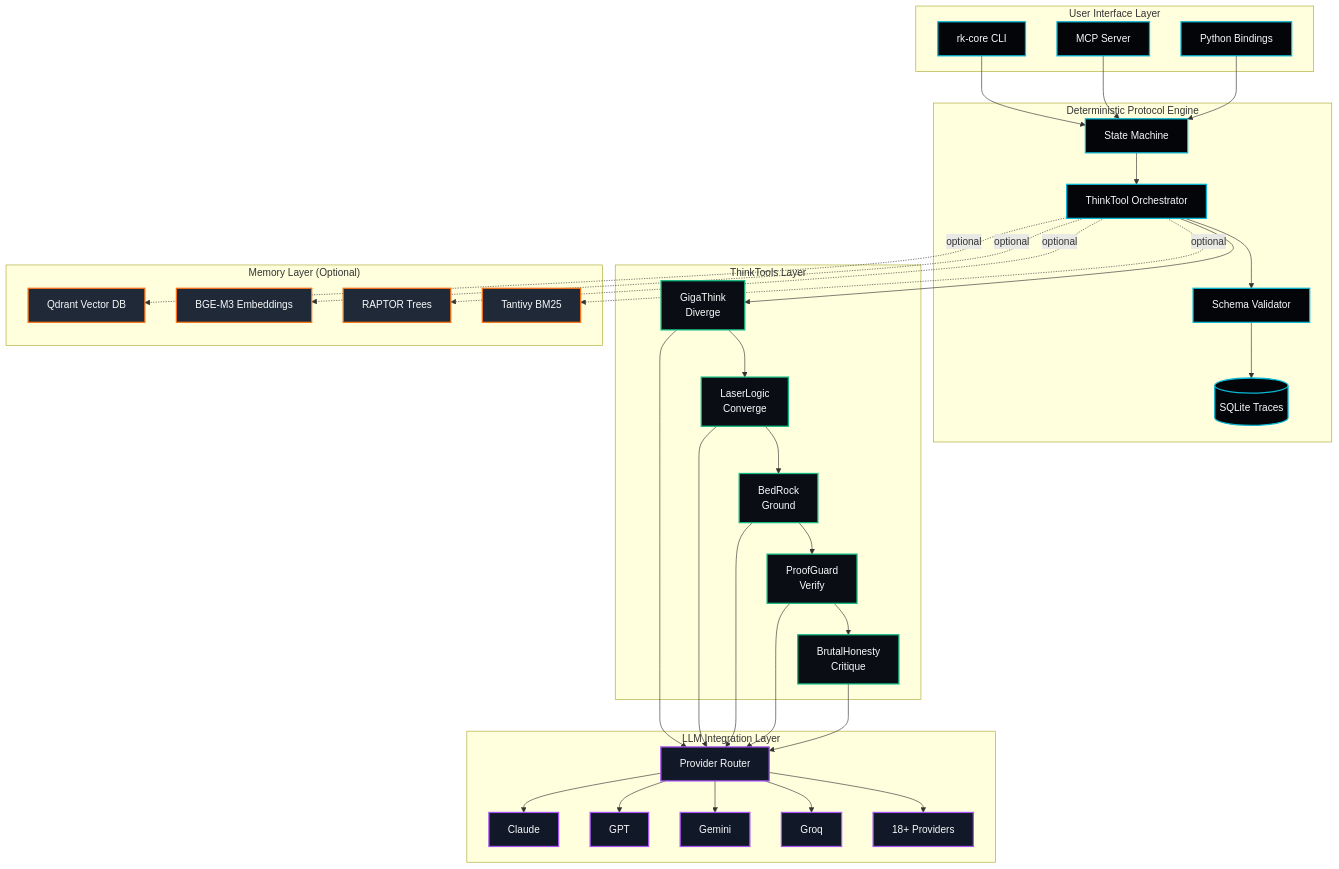
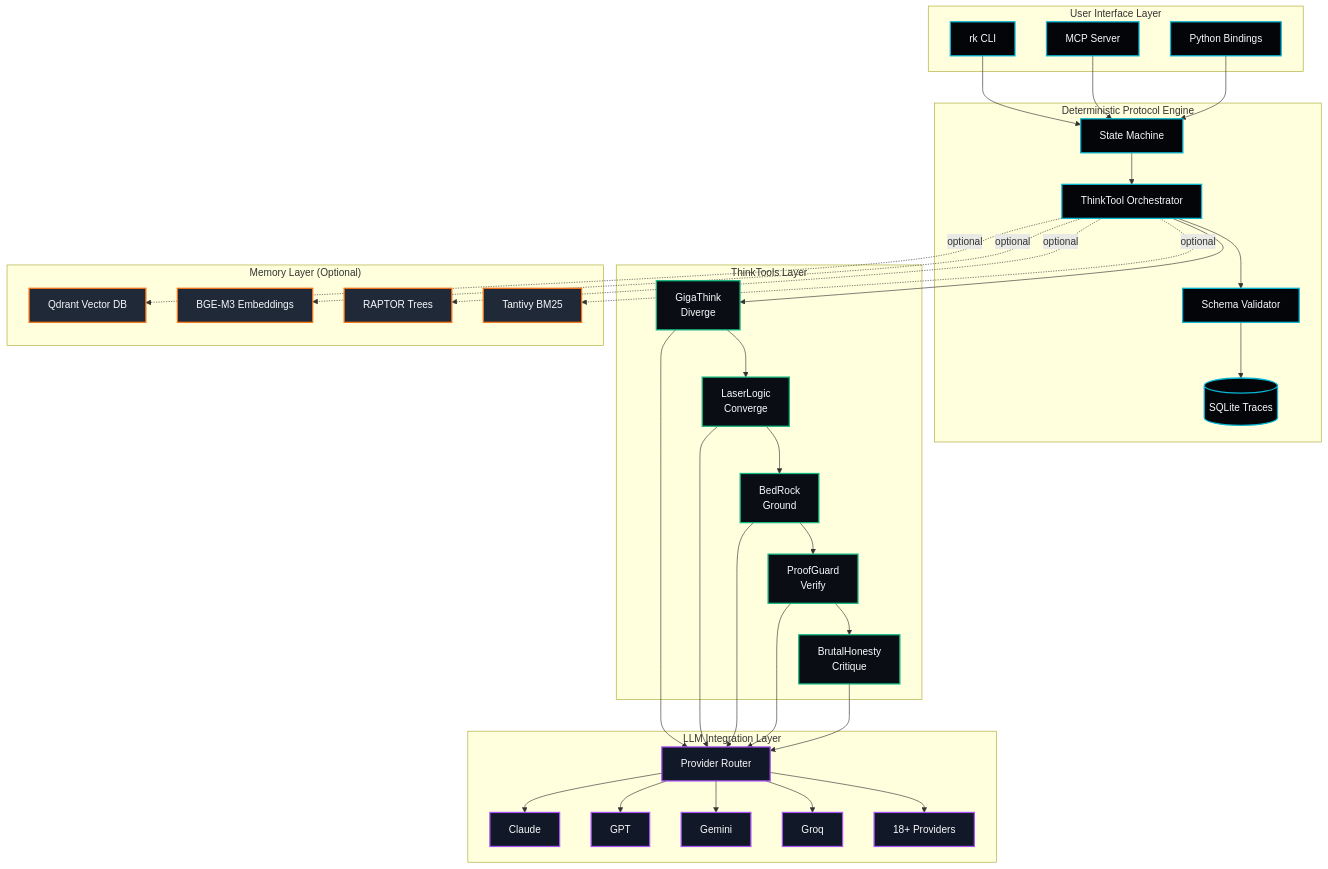
The diagram in docs/architecture/ARCHITECTURE.md (reasonkit/reasonkit-core), drawn with Mermaid before and after one commit. The commit also changed other lines of this file and 70 other files, not shown here.

````diff
--- a/docs/architecture/ARCHITECTURE.md
+++ b/docs/architecture/ARCHITECTURE.md
@@ -77,80 +77,80 @@
 ```mermaid
 flowchart TB
     subgraph USER["User Interface Layer"]
-        CLI[rk-core CLI]
+        CLI[rk CLI]
         API[MCP Server]
         PY[Python Bindings]
     end
 
     subgraph PROTOCOL["Deterministic Protocol Engine"]
         SM[State Machine]
         ORCH[ThinkTool Orchestrator]
         VAL[Schema Validator]
         TRACE[(SQLite Traces)]
     end
 
     subgraph TOOLS["ThinkTools Layer"]
         GT[GigaThink<br/>Diverge]
         LL[LaserLogic<br/>Converge]
         BR[BedRock<br/>Ground]
         PG[ProofGuard<br/>Verify]
         BH[BrutalHonesty<br/>Critique]
     end
 
     subgraph LLM["LLM Integration Layer"]
         ROUTER[Provider Router]
         CLAUDE[Claude]
         GPT[GPT]
         GEMINI[Gemini]
         GROQ[Groq]
         MORE[18+ Providers]
     end
 
     subgraph MEMORY["Memory Layer (Optional)"]
         STORAGE[Qdrant Vector DB]
         EMBED[BGE-M3 Embeddings]
         RAPTOR[RAPTOR Trees]
         BM25[Tantivy BM25]
     end
 
     CLI --> SM
     API --> SM
     PY --> SM
 
     SM --> ORCH
     ORCH --> VAL
     VAL --> TRACE
 
     ORCH --> GT
     GT --> LL
     LL --> BR
     BR --> PG
     PG --> BH
 
     GT --> ROUTER
     LL --> ROUTER
     BR --> ROUTER
     PG --> ROUTER
     BH --> ROUTER
 
     ROUTER --> CLAUDE
     ROUTER --> GPT
     ROUTER --> GEMINI
     ROUTER --> GROQ
     ROUTER --> MORE
 
     ORCH -.->|optional| STORAGE
     ORCH -.->|optional| EMBED
     ORCH -.->|optional| RAPTOR
     ORCH -.->|optional| BM25
 
     classDef core fill:#030508,stroke:#06b6d4,stroke-width:2px,color:#f9fafb
     classDef tool fill:#0a0d14,stroke:#10b981,stroke-width:2px,color:#f9fafb
     classDef llm fill:#111827,stroke:#a855f7,stroke-width:2px,color:#f9fafb
     classDef memory fill:#1f2937,stroke:#f97316,stroke-width:2px,color:#f9fafb
 
     class CLI,API,PY,SM,ORCH,VAL,TRACE core
     class GT,LL,BR,PG,BH tool
     class ROUTER,CLAUDE,GPT,GEMINI,GROQ,MORE llm
     class STORAGE,EMBED,RAPTOR,BM25 memory
 ```
````
